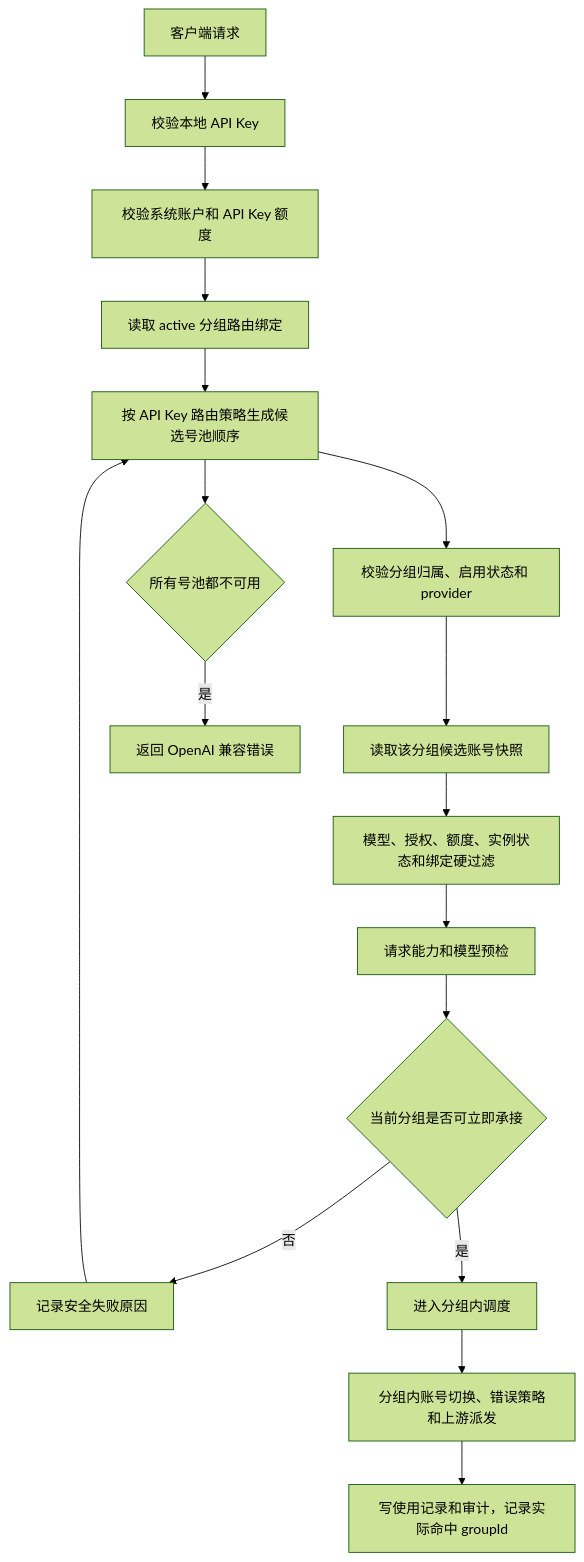
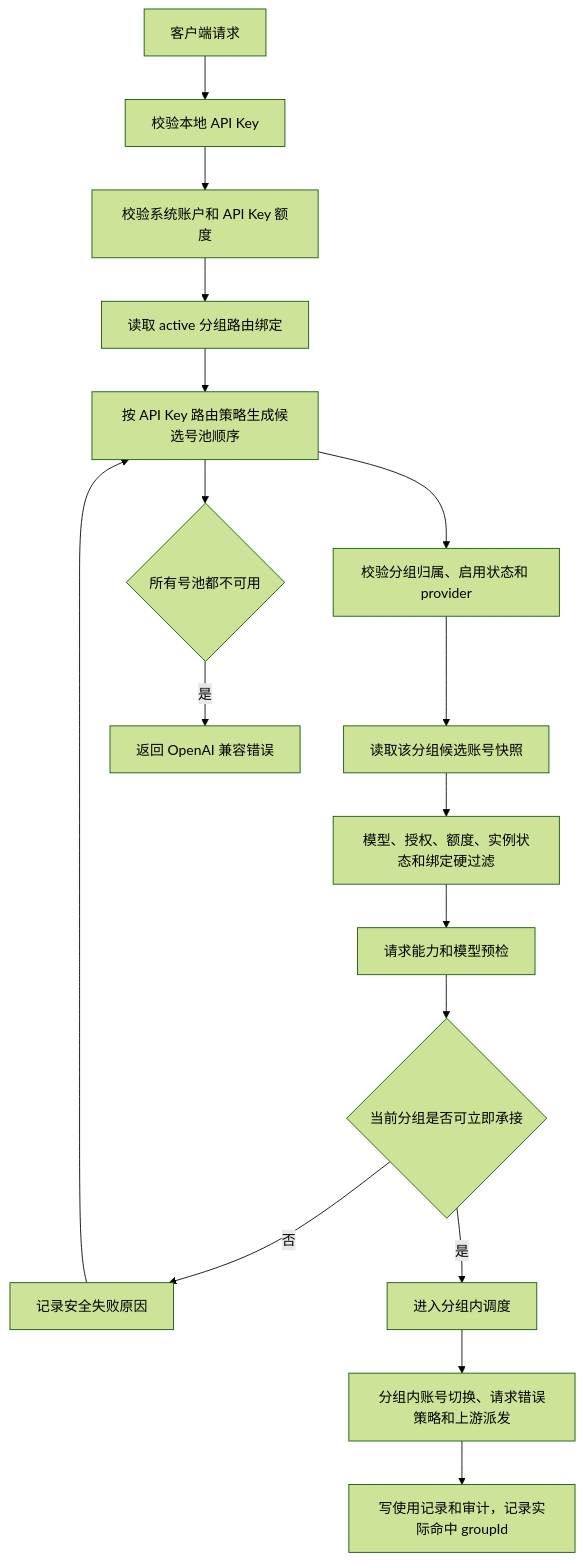
Before and after one commit to huanmin123/juhe-ai: the diagram in docs/functions/APIKey多分组路由设计.md, drawn with Mermaid (forest theme). The commit also changed other lines of this file and 106 other files, not shown here.

````diff
--- a/docs/functions/APIKey多分组路由设计.md
+++ b/docs/functions/APIKey多分组路由设计.md
@@ -199,19 +199,19 @@
 ```mermaid
 flowchart TD
   A["客户端请求"] --> B["校验本地 API Key"]
   B --> C["校验系统账户和 API Key 额度"]
   C --> D["读取 active 分组路由绑定"]
   D --> E["按 API Key 路由策略生成候选号池顺序"]
   E --> F["校验分组归属、启用状态和 provider"]
   F --> G["读取该分组候选账号快照"]
   G --> H["模型、授权、额度、实例状态和绑定硬过滤"]
   H --> I["请求能力和模型预检"]
   I --> J{"当前分组是否可立即承接"}
   J -- "否" --> K["记录安全失败原因"]
   K --> E
   J -- "是" --> L["进入分组内调度"]
-  L --> M["分组内账号切换、错误策略和上游派发"]
+  L --> M["分组内账号切换、请求错误策略和上游派发"]
   M --> N["写使用记录和审计，记录实际命中 groupId"]
   E --> O{"所有号池都不可用"}
   O -- "是" --> P["返回 OpenAI 兼容错误"]
 ```
````
